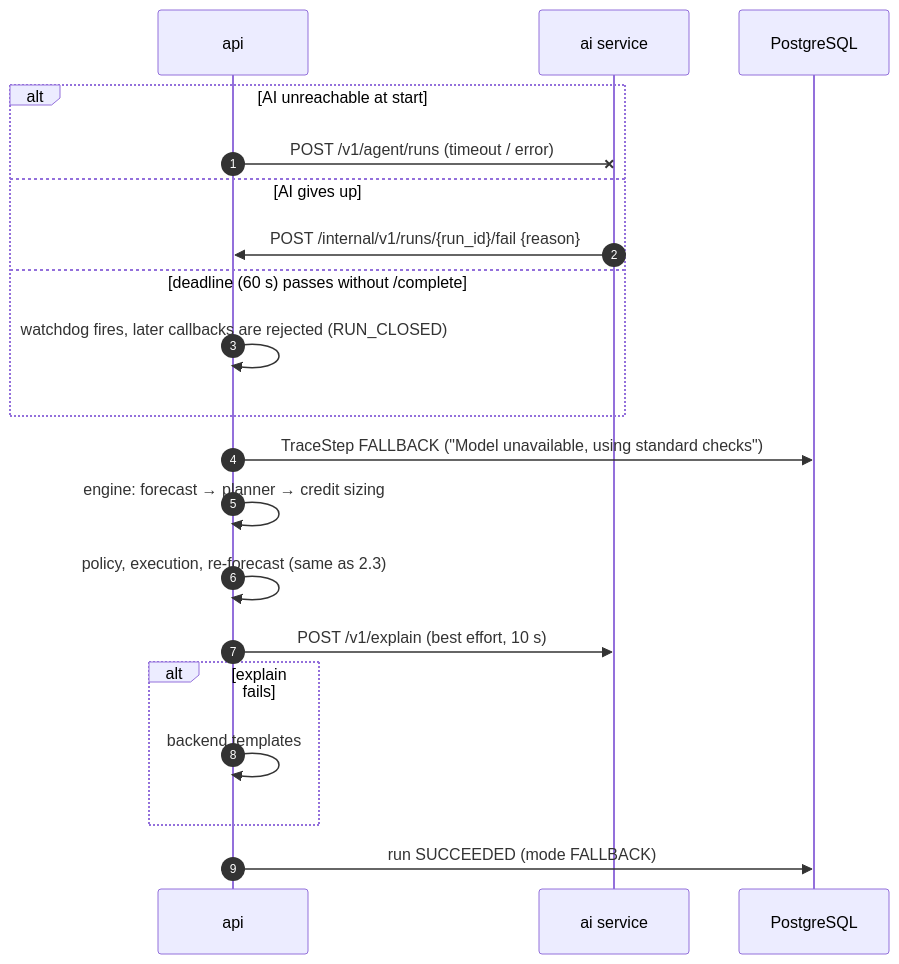
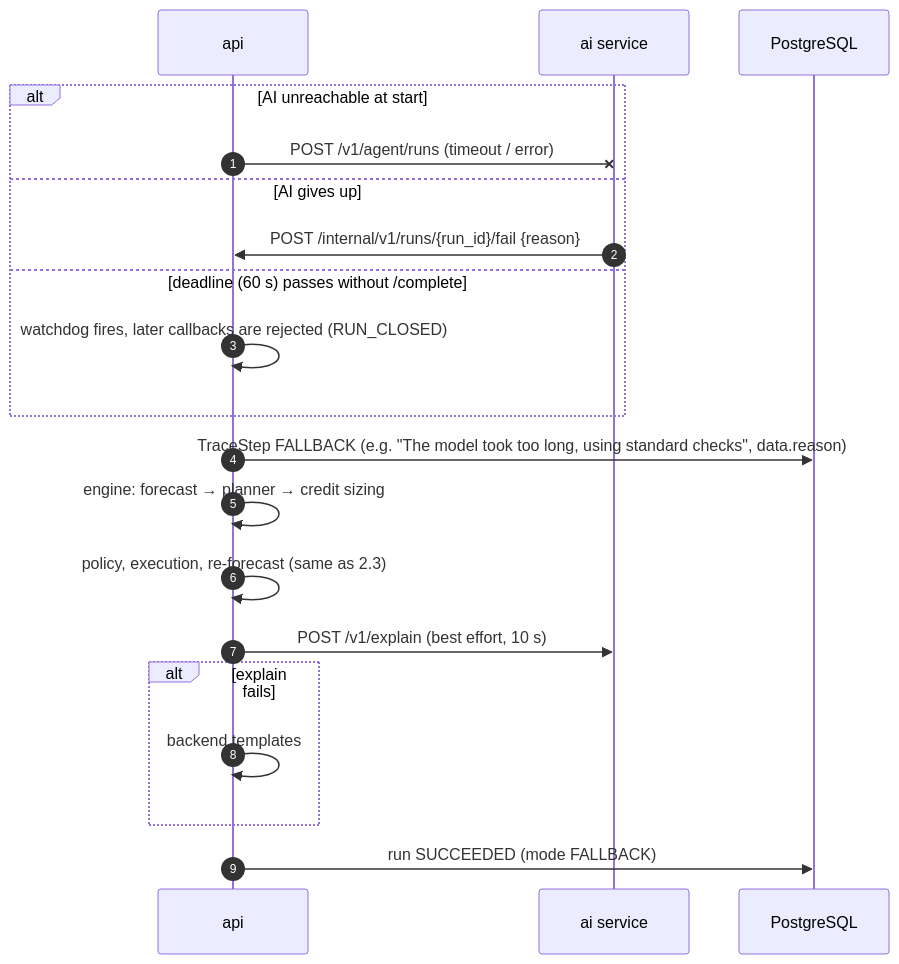
Diagram 12 of 18 in docs/ARCHITECTURE.md (hold-my-laptop/autonomous-cfo), drawn with Mermaid before and after one commit. The commit also changed 4 other files, not shown here.

Commit message:
Added fallback reason logging and trace labels that name the actual cause, and documented the schema versioning instead of Alembic

````diff
--- a/docs/ARCHITECTURE.md
+++ b/docs/ARCHITECTURE.md
@@ -322,23 +322,23 @@
 ```mermaid
 sequenceDiagram
   autonumber
   participant A as api
   participant AI as ai service
   participant DB as PostgreSQL
 
   alt AI unreachable at start
     A-xAI: POST /v1/agent/runs (timeout / error)
   else AI gives up
     AI->>A: POST /internal/v1/runs/{run_id}/fail {reason}
   else deadline (60 s) passes without /complete
     A->>A: watchdog fires, later callbacks are rejected (RUN_CLOSED)
   end
-  A->>DB: TraceStep FALLBACK ("Model unavailable, using standard checks")
+  A->>DB: TraceStep FALLBACK (e.g. "The model took too long, using standard checks", data.reason)
   A->>A: engine: forecast → planner → credit sizing
   A->>A: policy, execution, re-forecast (same as 2.3)
   A->>AI: POST /v1/explain (best effort, 10 s)
   alt explain fails
     A->>A: backend templates
   end
   A->>DB: run SUCCEEDED (mode FALLBACK)
 ```
````
